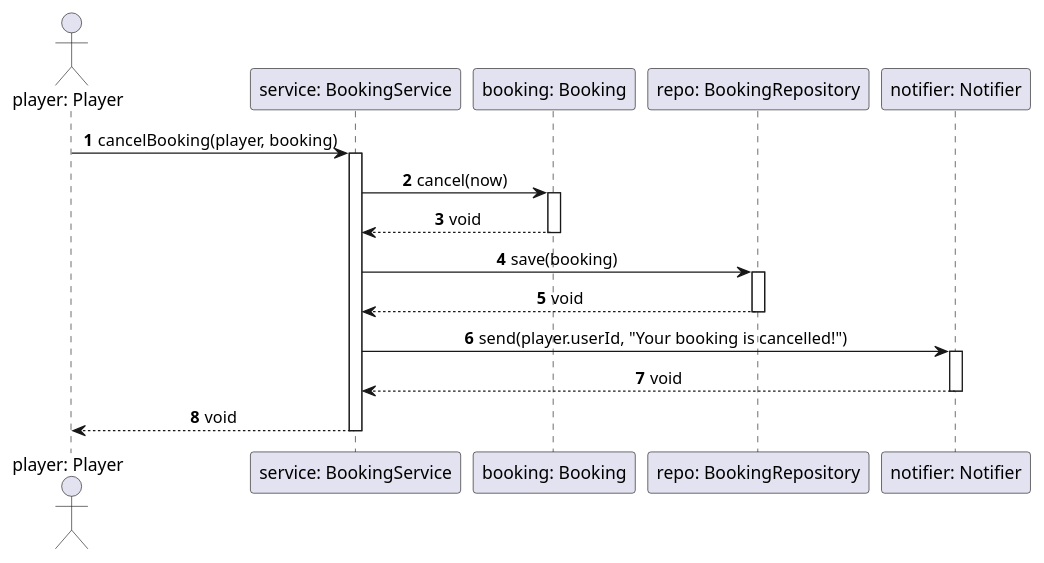
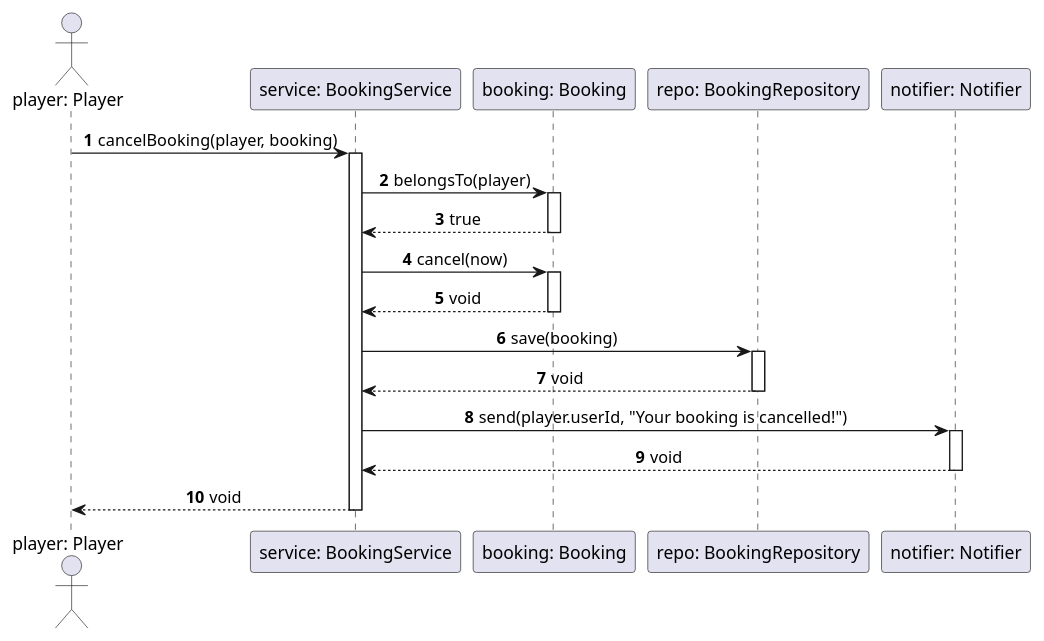
The diagram in diagrams/CancelBooking.puml (AnidMehmeti/KickSlot), drawn with PlantUML before and after one commit. The commit also changed 2 other files, not shown here.

```diff
--- a/diagrams/CancelBooking.puml
+++ b/diagrams/CancelBooking.puml
@@ -1,32 +1,37 @@
 @startuml
 autonumber
 skinparam SequenceMessageAlign center
 show footbox
 
 actor "player: Player" as Player
 participant "service: BookingService" as Service
 participant "booking: Booking" as Booking
 participant "repo: BookingRepository" as Repo
 participant "notifier: Notifier" as Notifier
 
 Player -> Service : cancelBooking(player, booking)
 activate Service
+
+Service -> Booking : belongsTo(player)
+activate Booking
+Booking --> Service : true
+deactivate Booking
 
 Service -> Booking : cancel(now)
 activate Booking
 Booking --> Service : void
 deactivate Booking
 
 Service -> Repo : save(booking)
 activate Repo
 Repo --> Service : void
 deactivate Repo
 
 Service -> Notifier : send(player.userId, "Your booking is cancelled!")
 activate Notifier
 Notifier --> Service : void
 deactivate Notifier
 
 Service --> Player : void
 deactivate Service
 @enduml
```
